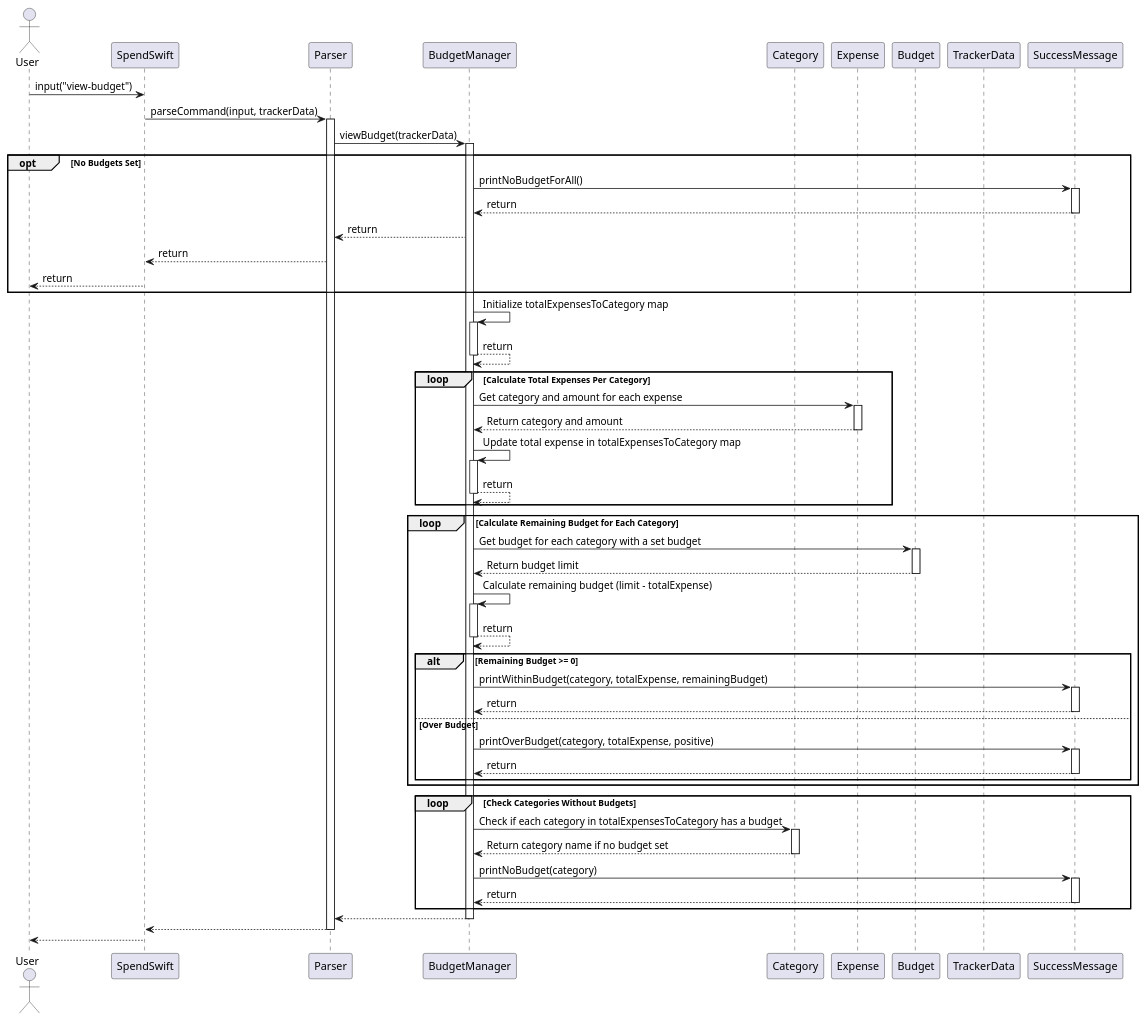
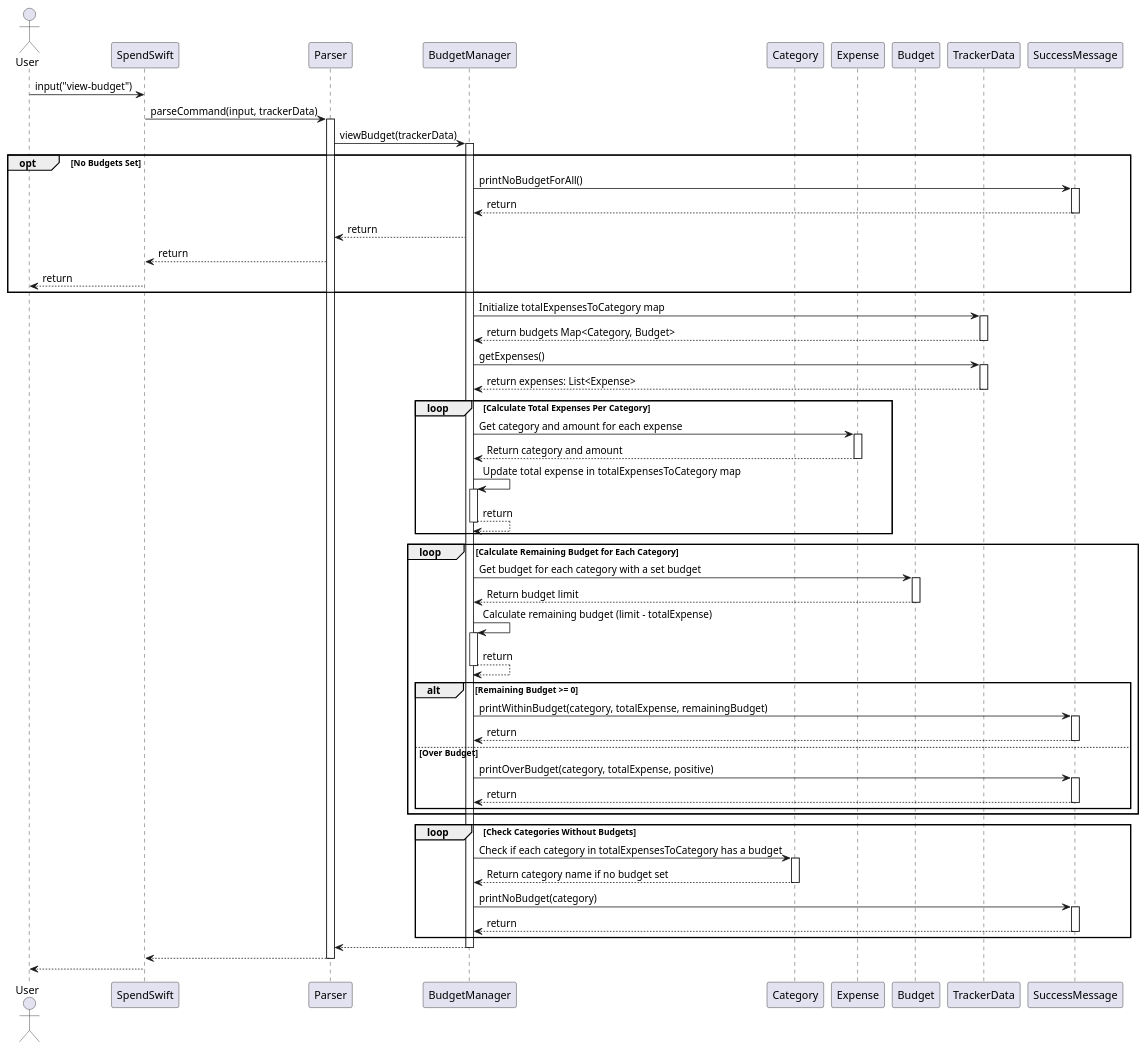
Before and after one commit to nus-cs2113-AY2425S1/tp: the diagram in docs/diagrams/ViewBudget.puml, drawn with PlantUML. The commit also changed 6 other files, not shown here.

Commit message:
Add set-budget sequence diagram

```diff
--- a/docs/diagrams/ViewBudget.puml
+++ b/docs/diagrams/ViewBudget.puml
@@ -1,88 +1,93 @@
 @startuml
 
 actor User
 participant SpendSwift
 participant Parser
 participant BudgetManager
 participant Category
 participant Expense
 participant Budget
 participant TrackerData
 participant SuccessMessage
 
 User -> SpendSwift : input("view-budget")
 SpendSwift -> Parser : parseCommand(input, trackerData)
 
 activate Parser
 Parser -> BudgetManager : viewBudget(trackerData)
 activate BudgetManager
 
 opt No Budgets Set
     BudgetManager -> SuccessMessage : printNoBudgetForAll()
     activate SuccessMessage
     SuccessMessage --> BudgetManager : return
     deactivate SuccessMessage
     BudgetManager --> Parser : return
     Parser --> SpendSwift : return
     SpendSwift --> User : return
 end
 
-    BudgetManager -> BudgetManager : Initialize totalExpensesToCategory map
-    activate BudgetManager
-    BudgetManager --> BudgetManager : return
-    deactivate BudgetManager
+    BudgetManager -> TrackerData : Initialize totalExpensesToCategory map
+    activate TrackerData
+    TrackerData --> BudgetManager : return budgets Map<Category, Budget>
+    deactivate TrackerData
+
+    BudgetManager -> TrackerData : getExpenses()
+    activate TrackerData
+    TrackerData --> BudgetManager : return expenses: List<Expense>
+    deactivate TrackerData
 
     loop Calculate Total Expenses Per Category
         BudgetManager -> Expense : Get category and amount for each expense
         activate Expense
         Expense --> BudgetManager : Return category and amount
         deactivate Expense
 
         BudgetManager -> BudgetManager : Update total expense in totalExpensesToCategory map
         activate BudgetManager
             BudgetManager --> BudgetManager : return
         deactivate BudgetManager
     end
 
     loop Calculate Remaining Budget for Each Category
         BudgetManager -> Budget : Get budget for each category with a set budget
         activate Budget
         Budget --> BudgetManager : Return budget limit
         deactivate Budget
 
         BudgetManager -> BudgetManager : Calculate remaining budget (limit - totalExpense)
         activate BudgetManager
         BudgetManager --> BudgetManager : return
         deactivate BudgetManager
 
         alt Remaining Budget >= 0
             BudgetManager -> SuccessMessage : printWithinBudget(category, totalExpense, remainingBudget)
             activate SuccessMessage
             SuccessMessage --> BudgetManager : return
             deactivate SuccessMessage
         else Over Budget
             BudgetManager -> SuccessMessage : printOverBudget(category, totalExpense, positive)
             activate SuccessMessage
             SuccessMessage --> BudgetManager : return
             deactivate SuccessMessage
         end
     end
 
     loop Check Categories Without Budgets
         BudgetManager -> Category : Check if each category in totalExpensesToCategory has a budget
         activate Category
         Category --> BudgetManager : Return category name if no budget set
         deactivate Category
 
         BudgetManager -> SuccessMessage : printNoBudget(category)
         activate SuccessMessage
         SuccessMessage --> BudgetManager : return
         deactivate SuccessMessage
     end
 BudgetManager --> Parser
 deactivate BudgetManager
 Parser --> SpendSwift
 deactivate Parser
 SpendSwift --> User
 deactivate SpendSwift
 @enduml
```
